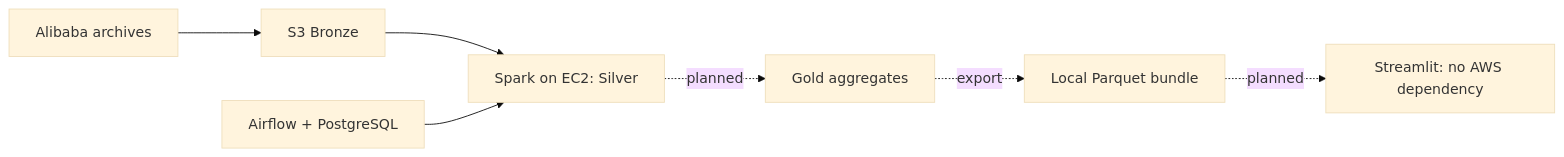
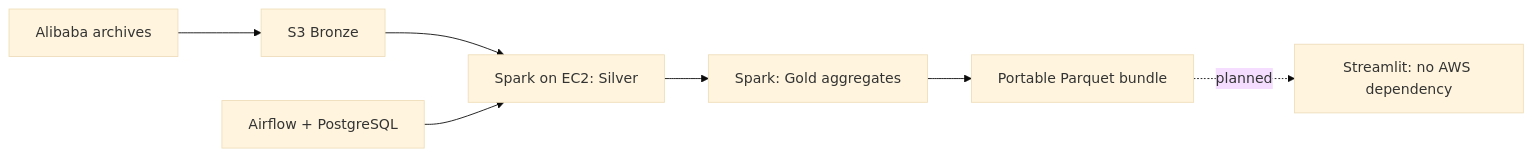
One commit to shrutidoshi94/gpu-fleet-analytics changed the diagram in README.md. Above: the diagram before and after it, drawn with Mermaid (base theme). The commit also changed other lines of this file and 19 other files, not shown here.

Commit message:
Implement guarded Airflow Gold pipeline and offline evidence export

````diff
--- a/README.md
+++ b/README.md
@@ -9,9 +9,9 @@
 ```mermaid
 flowchart LR
     A[Alibaba archives] --> B[S3 Bronze]
     B --> C[Spark on EC2: Silver]
     D[Airflow + PostgreSQL] --> C
-    C -. planned .-> E[Gold aggregates]
-    E -. export .-> F[Local Parquet bundle]
+    C --> E[Spark: Gold aggregates]
+    E --> F[Portable Parquet bundle]
     F -. planned .-> G[Streamlit: no AWS dependency]
 ```
````
